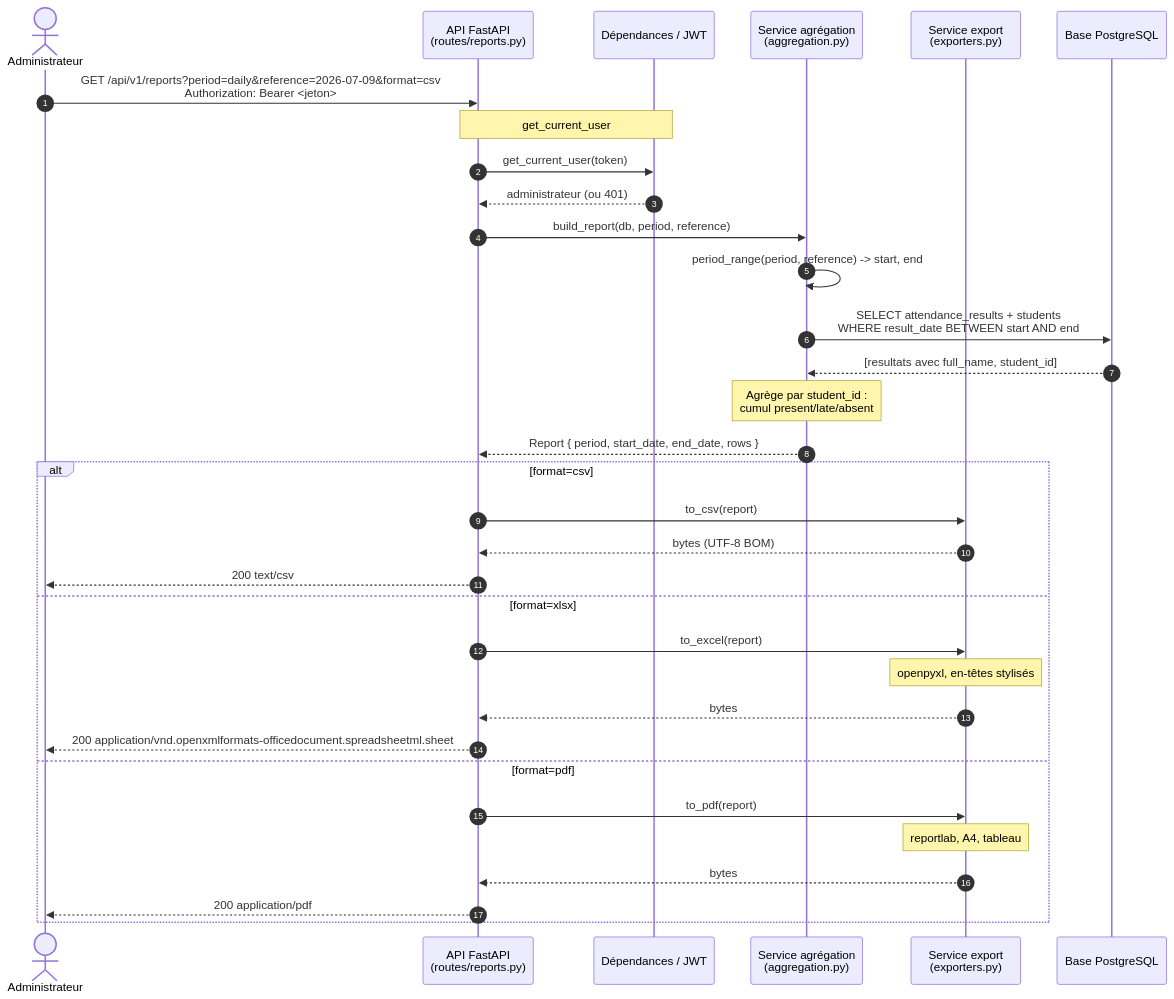
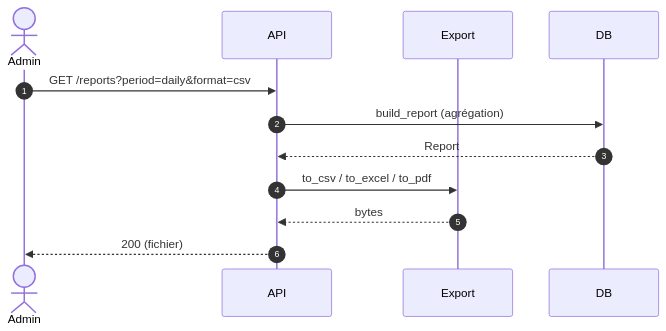
Before and after one commit to Ammar-El-Maghevry/pi-s4: the ninth of 10 diagrams in docs/diagrams/diagrammes_sequence.md, drawn with Mermaid. The commit also changed other lines of this file and 1 other file, not shown here.

Commit message:
Simplify sequence diagrams + add Arabic description

````diff
--- a/docs/diagrams/diagrammes_sequence.md
+++ b/docs/diagrams/diagrammes_sequence.md
@@ -431,40 +217,15 @@
 ```mermaid
 sequenceDiagram
     autonumber
-    actor Client as Administrateur
-    participant API as API FastAPI<br/>(routes/reports.py)
-    participant JWT as Dépendances / JWT
-    participant Agg as Service agrégation<br/>(aggregation.py)
-    participant Xport as Service export<br/>(exporters.py)
-    participant DB as Base PostgreSQL
+    actor Admin
+    participant API as API
+    participant Export as Export
+    participant DB as DB
 
-    Client->>API: GET /api/v1/reports?period=daily&reference=2026-07-09&format=csv<br/>Authorization: Bearer <jeton>
-
-    Note over API,JWT: get_current_user
-    API->>JWT: get_current_user(token)
-    JWT-->>API: administrateur (ou 401)
-
-    API->>Agg: build_report(db, period, reference)
-    Agg->>Agg: period_range(period, reference) -> start, end
-    Agg->>DB: SELECT attendance_results + students<br/>WHERE result_date BETWEEN start AND end
-    DB-->>Agg: [resultats avec full_name, student_id]
-
-    Note over Agg: Agrège par student_id :<br/>cumul present/late/absent
-    Agg-->>API: Report { period, start_date, end_date, rows }
-
-    alt format=csv
-        API->>Xport: to_csv(report)
-        Xport-->>API: bytes (UTF-8 BOM)
-        API-->>Client: 200 text/csv
-    else format=xlsx
-        API->>Xport: to_excel(report)
-        Note over Xport: openpyxl, en-têtes stylisés
-        Xport-->>API: bytes
-        API-->>Client: 200 application/vnd.openxmlformats-officedocument.spreadsheetml.sheet
-    else format=pdf
-        API->>Xport: to_pdf(report)
-        Note over Xport: reportlab, A4, tableau
-        Xport-->>API: bytes
-        API-->>Client: 200 application/pdf
-    end
+    Admin->>API: GET /reports?period=daily&format=csv
+    API->>DB: build_report (agrégation)
+    DB-->>API: Report
+    API->>Export: to_csv / to_excel / to_pdf
+    Export-->>API: bytes
+    API-->>Admin: 200 (fichier)
 ```
````
